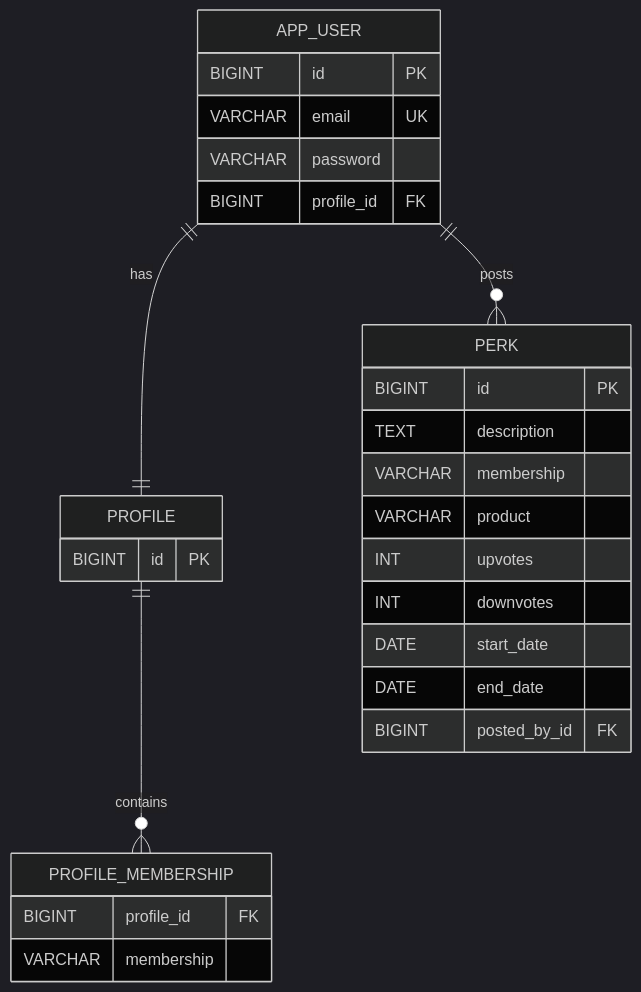
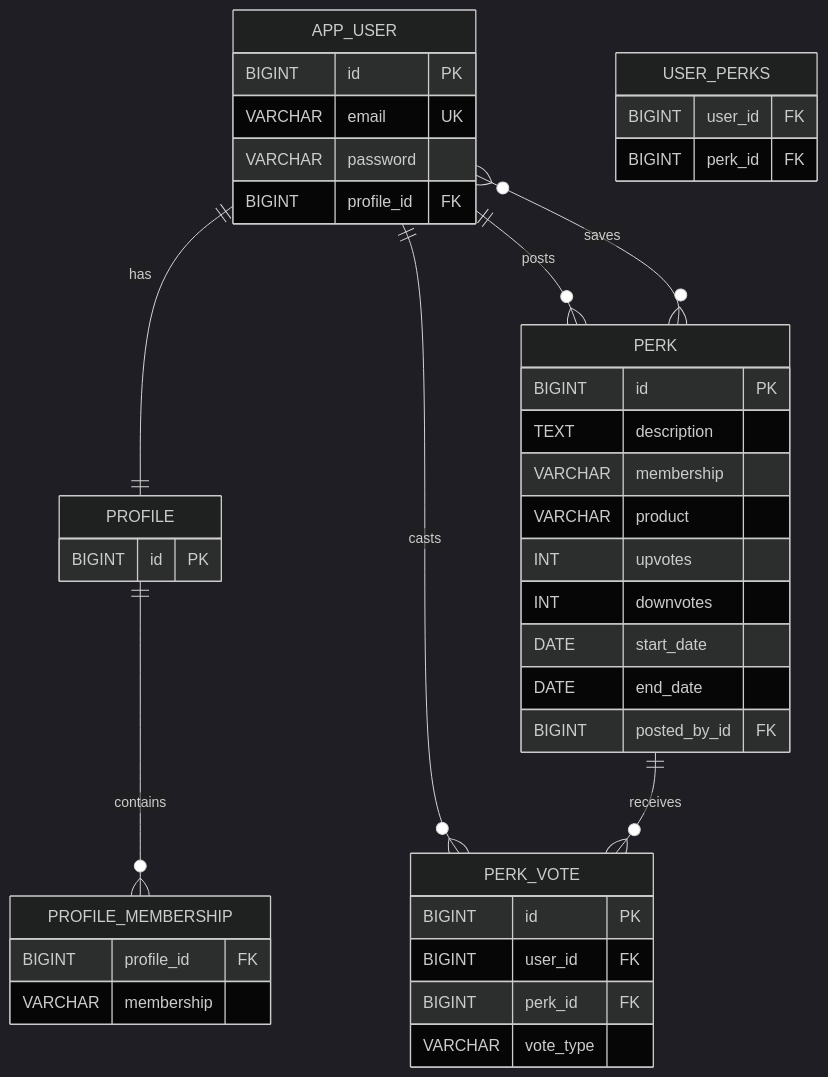
Before and after one commit to abdalla-omar/Perk-Manager: the diagram in docs/er-diagram.mmd, drawn with Mermaid (dark theme). The commit also changed 1 other file, not shown here.

Commit message:
m3 diagram

```diff
--- a/docs/er-diagram.mmd
+++ b/docs/er-diagram.mmd
@@ -1,32 +1,47 @@
 erDiagram
     APP_USER ||--|| PROFILE : "has"
     APP_USER ||--o{ PERK : "posts"
+    APP_USER }o--o{ PERK : "saves"
+    APP_USER ||--o{ PERK_VOTE : "casts"
+    PERK ||--o{ PERK_VOTE : "receives"
     PROFILE ||--o{ PROFILE_MEMBERSHIP : "contains"
 
     APP_USER {
         BIGINT id PK
         VARCHAR email UK
         VARCHAR password
         BIGINT profile_id FK
     }
 
     PROFILE {
         BIGINT id PK
     }
 
     PROFILE_MEMBERSHIP {
         BIGINT profile_id FK
         VARCHAR membership
     }
 
     PERK {
         BIGINT id PK
         TEXT description
         VARCHAR membership
         VARCHAR product
         INT upvotes
         INT downvotes
         DATE start_date
         DATE end_date
         BIGINT posted_by_id FK
     }
+
+    USER_PERKS {
+        BIGINT user_id FK
+        BIGINT perk_id FK
+    }
+
+    PERK_VOTE {
+        BIGINT id PK
+        BIGINT user_id FK
+        BIGINT perk_id FK
+        VARCHAR vote_type
+    }
```
